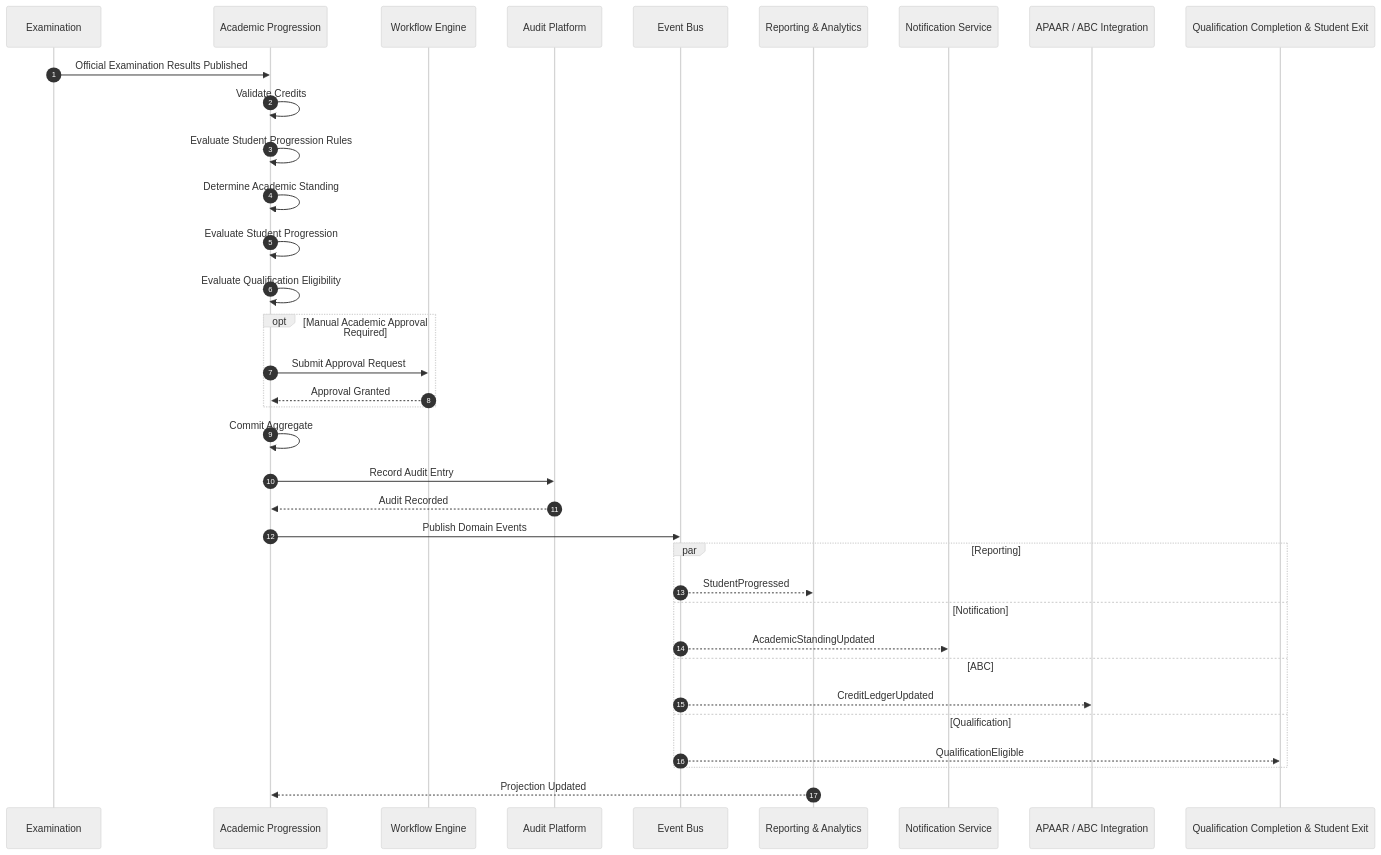
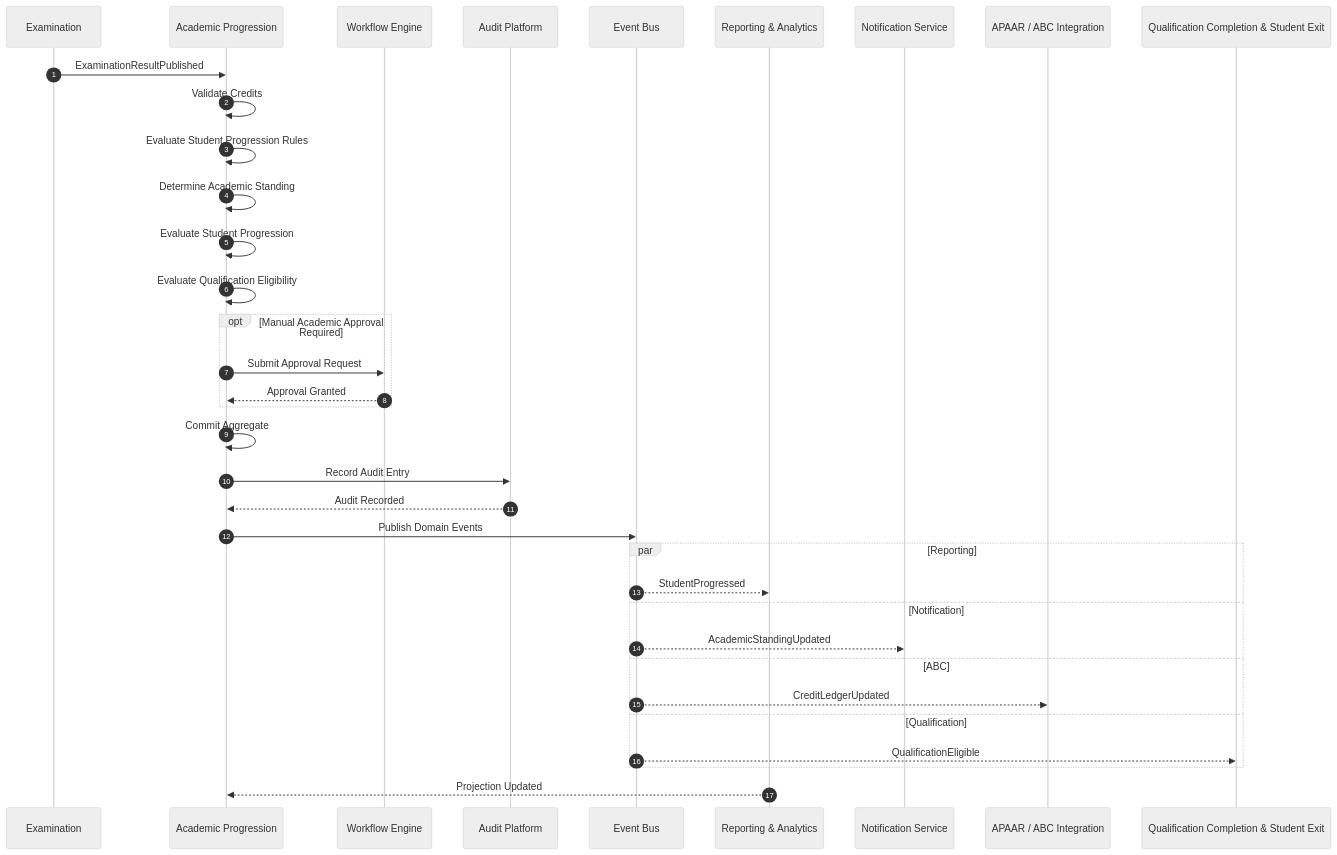
Before and after one commit to Varad1604/ERP_hark: the seventh of 13 diagrams in architecture/L2_Domain_Workflow_Architecture/section-c/L2-C04_Student_Academic_Progression_Workflows.md, drawn with Mermaid (neutral theme). The commit also changed other lines of this file and 6 other files, not shown here.

First line of the commit message:
INT-008: canonicalize the result publication event as ExaminationResultPublished

```diff
--- a/architecture/L2_Domain_Workflow_Architecture/section-c/L2-C04_Student_Academic_Progression_Workflows.md
+++ b/architecture/L2_Domain_Workflow_Architecture/section-c/L2-C04_Student_Academic_Progression_Workflows.md
@@ -5566,7 +5566,7 @@
 %% START
 %% =====================================================
 
-EX->>AP: Official Examination Results Published
+EX->>AP: ExaminationResultPublished
 
 %% =====================================================
 %% EVALUATION
```
